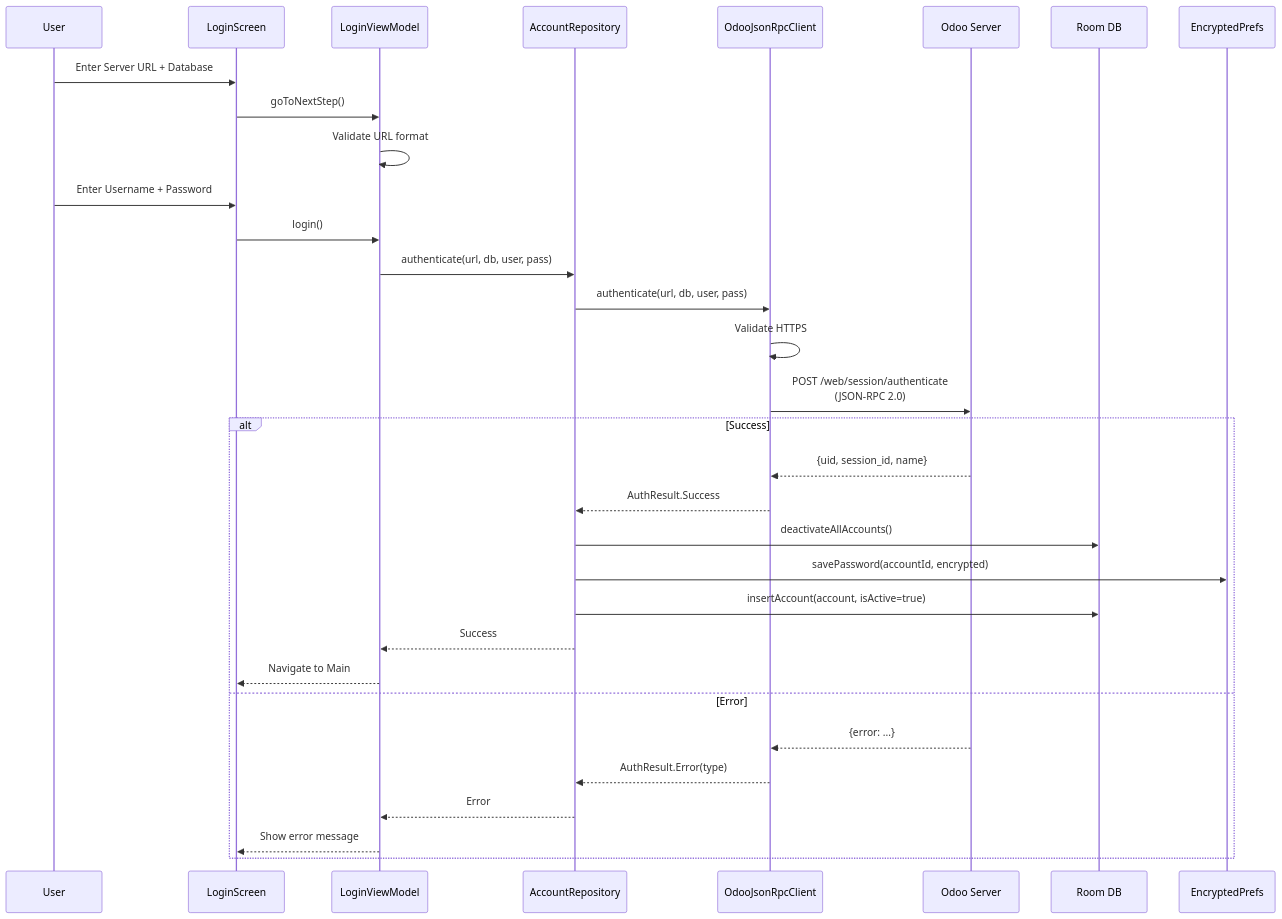
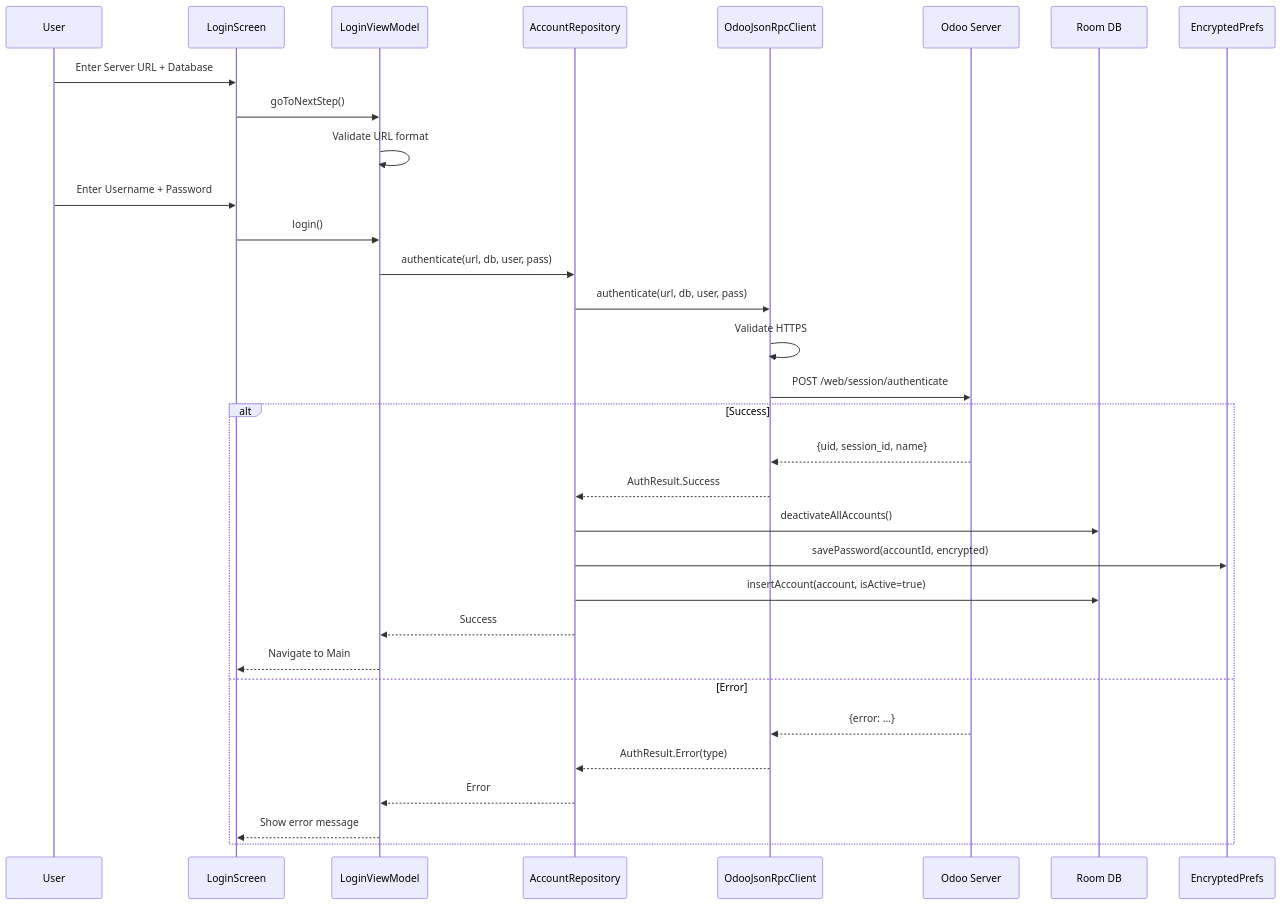
One commit to WOOWTECH/Woow_odoo_app changed the eighth of 24 diagrams in docs/architecture-overview.md. Above: the diagram before and after it, drawn with Mermaid. The commit also changed other lines of this file, not shown here.

First line of the commit message:
fix: resolve Mermaid syntax errors in architecture diagrams

````diff
--- a/docs/architecture-overview.md
+++ b/docs/architecture-overview.md
@@ -351,38 +351,38 @@
 ```mermaid
 sequenceDiagram
     participant User
     participant LoginScreen
     participant LoginViewModel
     participant AccountRepo as AccountRepository
     participant RPC as OdooJsonRpcClient
     participant Odoo as Odoo Server
     participant Room as Room DB
     participant Prefs as EncryptedPrefs
 
     User->>LoginScreen: Enter Server URL + Database
     LoginScreen->>LoginViewModel: goToNextStep()
     LoginViewModel->>LoginViewModel: Validate URL format
 
     User->>LoginScreen: Enter Username + Password
     LoginScreen->>LoginViewModel: login()
     LoginViewModel->>AccountRepo: authenticate(url, db, user, pass)
 
     AccountRepo->>RPC: authenticate(url, db, user, pass)
     RPC->>RPC: Validate HTTPS
-    RPC->>Odoo: POST /web/session/authenticate<br/>(JSON-RPC 2.0)
+    RPC->>Odoo: POST /web/session/authenticate
 
     alt Success
         Odoo-->>RPC: {uid, session_id, name}
         RPC-->>AccountRepo: AuthResult.Success
         AccountRepo->>Room: deactivateAllAccounts()
         AccountRepo->>Prefs: savePassword(accountId, encrypted)
         AccountRepo->>Room: insertAccount(account, isActive=true)
         AccountRepo-->>LoginViewModel: Success
         LoginViewModel-->>LoginScreen: Navigate to Main
     else Error
         Odoo-->>RPC: {error: ...}
         RPC-->>AccountRepo: AuthResult.Error(type)
         AccountRepo-->>LoginViewModel: Error
         LoginViewModel-->>LoginScreen: Show error message
     end
 ```
````
